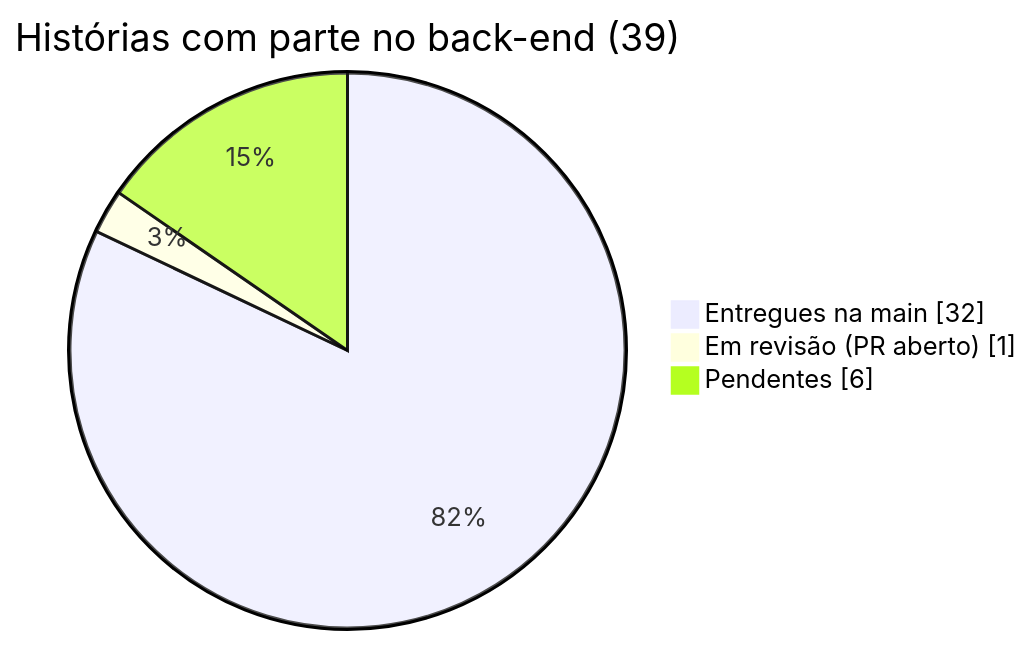
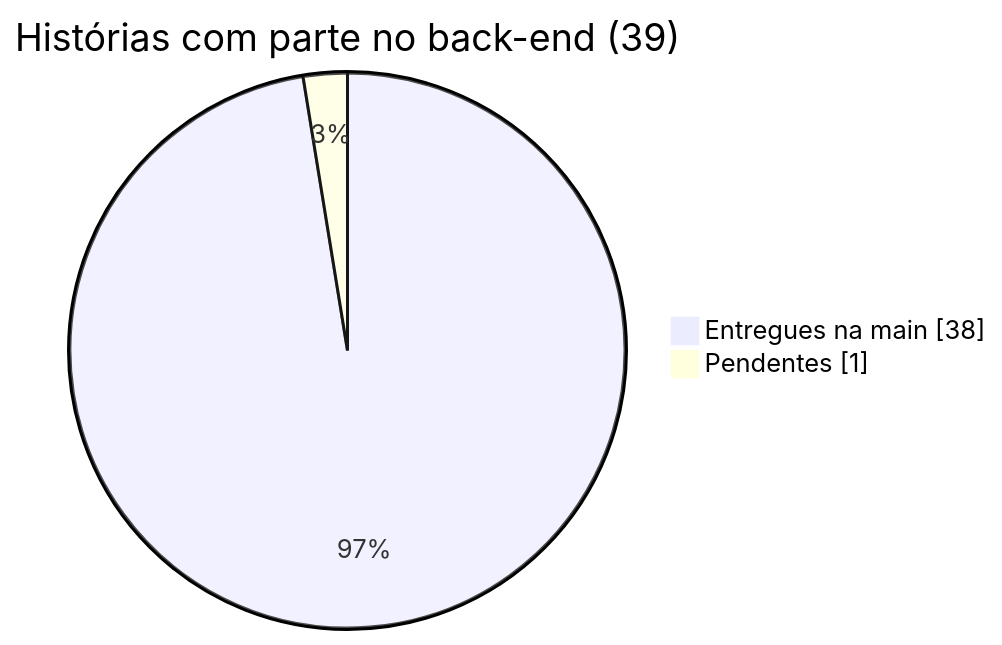
Before and after one commit to Advocondo/docs: the diagram in docs/acompanhamento/index.md, drawn with Mermaid. The commit also changed other lines of this file and 4 other files, not shown here.

````diff
--- a/docs/acompanhamento/index.md
+++ b/docs/acompanhamento/index.md
@@ -19,7 +19,6 @@
 ```mermaid
 pie showData
   title Histórias com parte no back-end (39)
-  "Entregues na main" : 32
-  "Em revisão (PR aberto)" : 1
-  "Pendentes" : 6
+  "Entregues na main" : 38
+  "Pendentes" : 1
 ```
````
